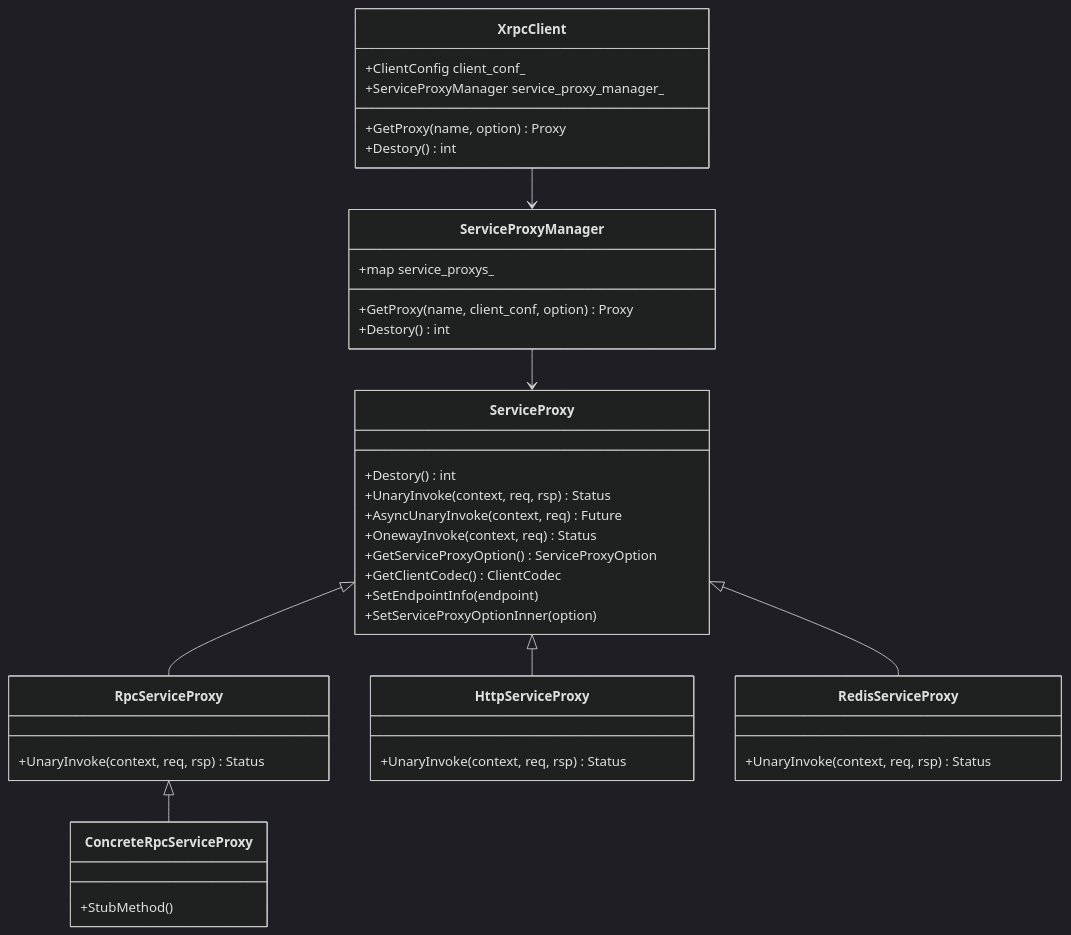
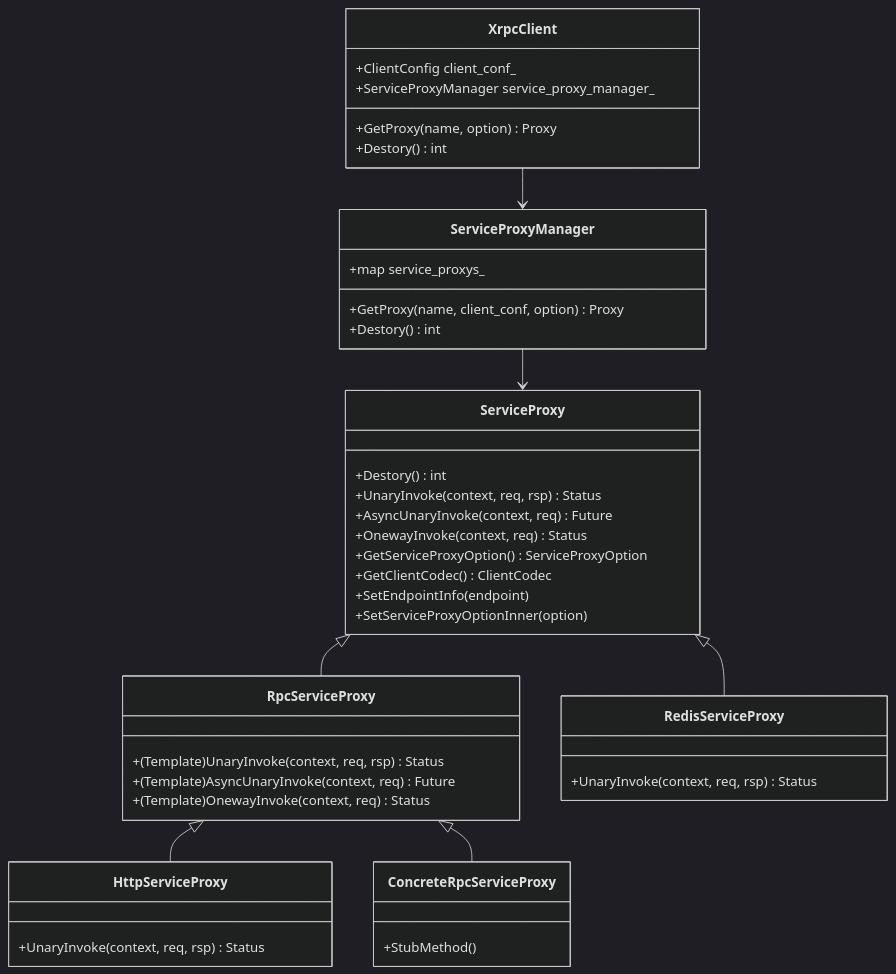
The diagram in posts/xrpc/xrpc-client/readme.md (lsj9383/blog), drawn with Mermaid (dark theme) before and after one commit. The commit also changed other lines of this file and 5 other files, not shown here.

````diff
--- a/posts/xrpc/xrpc-client/readme.md
+++ b/posts/xrpc/xrpc-client/readme.md
@@ -27,50 +30,52 @@
 ```mermaid
 classDiagram
 
 XrpcClient --> ServiceProxyManager
 ServiceProxyManager --> ServiceProxy
 ServiceProxy <|-- RpcServiceProxy
-ServiceProxy <|-- HttpServiceProxy
 ServiceProxy <|-- RedisServiceProxy
+RpcServiceProxy <|-- HttpServiceProxy
 RpcServiceProxy <|-- ConcreteRpcServiceProxy
 
 class XrpcClient {
   +ClientConfig client_conf_
   +ServiceProxyManager service_proxy_manager_
   +GetProxy(name, option) Proxy
   +Destory() int
 }
 
 class ServiceProxyManager {
   +map<string, ServiceProxy> service_proxys_
   +GetProxy(name, client_conf, option) Proxy
   +Destory() int
 }
 
 class ServiceProxy {
   +Destory() int
   +UnaryInvoke(context, req, rsp) Status
   +AsyncUnaryInvoke(context, req) Future
   +OnewayInvoke(context, req) Status
   +GetServiceProxyOption() ServiceProxyOption
   +GetClientCodec() ClientCodec
   +SetEndpointInfo(endpoint)
   +SetServiceProxyOptionInner(option)
 }
 
 class RpcServiceProxy {
-  +UnaryInvoke(context, req, rsp) Status
+  +(Template)UnaryInvoke(context, req, rsp) Status
+  +(Template)AsyncUnaryInvoke(context, req) Future
+  +(Template)OnewayInvoke(context, req) Status
 }
 
 class ConcreteRpcServiceProxy {
   +StubMethod()
 }
 
 class HttpServiceProxy {
   +UnaryInvoke(context, req, rsp) Status
 }
 
 class RedisServiceProxy {
   +UnaryInvoke(context, req, rsp) Status
 }
 ```
````
